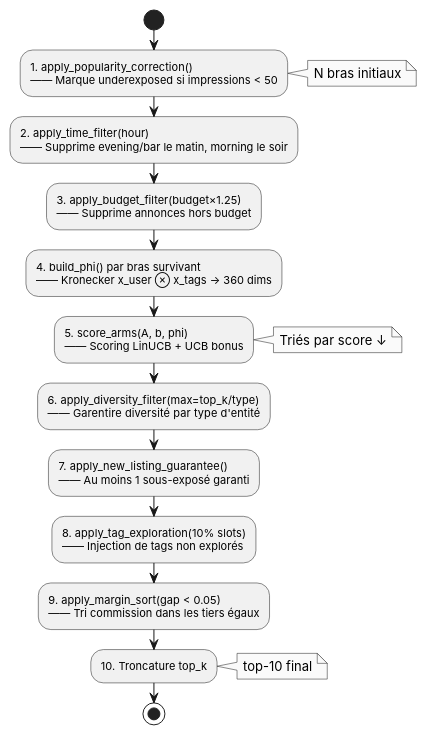
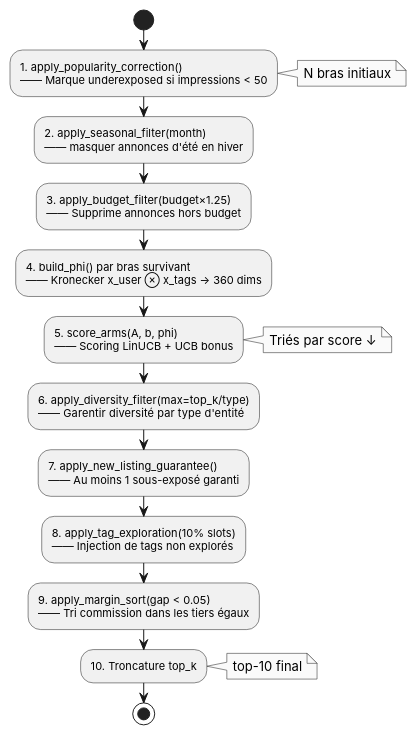
One commit to ahmed-addali/rapport changed the diagram in diagrams/fig_05_ranker_pipeline.puml. Above: the diagram before and after it, drawn with PlantUML. The commit also changed 8 other files, not shown here.

```diff
--- a/diagrams/fig_05_ranker_pipeline.puml
+++ b/diagrams/fig_05_ranker_pipeline.puml
@@ -1,33 +1,33 @@
 @startuml fig_05_ranker_pipeline
 skinparam monochrome true
 skinparam shadowing false
 skinparam defaultFontName Inter
 skinparam activityFontSize 11
 
 |Pipeline de Classement|
 start
 :1. apply_popularity_correction()
 —— Marque underexposed si impressions < 50;
 note right: N bras initiaux
-:2. apply_time_filter(hour)
-—— Supprime evening/bar le matin, morning le soir;
+:2. apply_seasonal_filter(month)
+—— masquer annonces d'été en hiver;
 :3. apply_budget_filter(budget×1.25)
 —— Supprime annonces hors budget;
 :4. build_phi() par bras survivant
 —— Kronecker x_user ⊗ x_tags → 360 dims;
 :5. score_arms(A, b, phi)
 —— Scoring LinUCB + UCB bonus;
 note right: Triés par score ↓
 :6. apply_diversity_filter(max=top_k/type)
-——  Garentire diversité par type d'entité;
+——  Garentir diversité par type d'entité;
 :7. apply_new_listing_guarantee()
 —— Au moins 1 sous-exposé garanti;
 :8. apply_tag_exploration(10% slots)
 —— Injection de tags non explorés;
 :9. apply_margin_sort(gap < 0.05)
 —— Tri commission dans les tiers égaux;
 :10. Troncature top_k;
 note right: top-10 final
 stop
 
 @enduml
```
